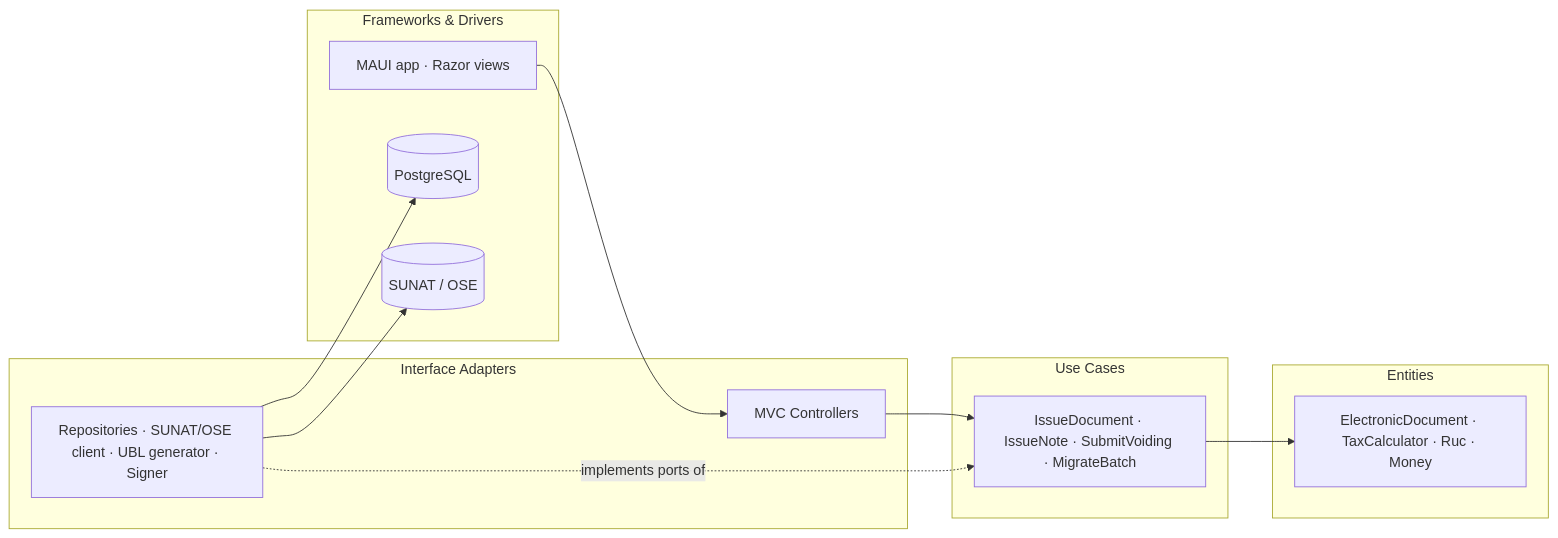
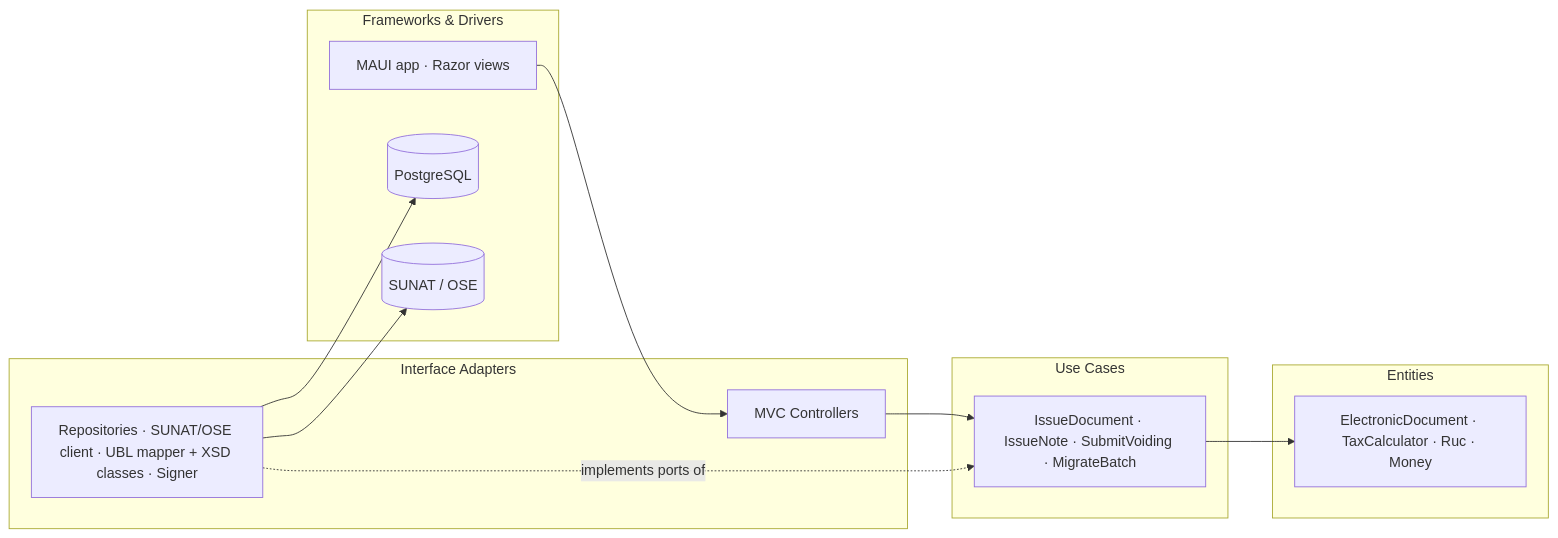
The fifth of 7 diagrams in specs/architecture/architecture.md (juan745Guevara/Medio-curso-Hubel), drawn with Mermaid before and after one commit. The commit also changed other lines of this file and 27 other files, not shown here.

Commit message:
Apply professor feedback: XSD classes, PLE 14.1/12.1, enum, HTTP codes, cert ADR

````diff
--- a/specs/architecture/architecture.md
+++ b/specs/architecture/architecture.md
@@ -125,21 +125,21 @@
 ```mermaid
 flowchart LR
   subgraph FD[Frameworks & Drivers]
     UI[MAUI app · Razor views]
     DB[(PostgreSQL)]
     SUNAT[(SUNAT / OSE)]
   end
   subgraph IA[Interface Adapters]
     CTRL[MVC Controllers]
-    GW[Repositories · SUNAT/OSE client · UBL generator · Signer]
+    GW[Repositories · SUNAT/OSE client · UBL mapper + XSD classes · Signer]
   end
   subgraph UC[Use Cases]
     UCS[IssueDocument · IssueNote · SubmitVoiding · MigrateBatch]
   end
   subgraph EN[Entities]
     DOM[ElectronicDocument · TaxCalculator · Ruc · Money]
   end
   UI --> CTRL --> UCS --> DOM
   GW -. implements ports of .-> UCS
   GW --> DB & SUNAT
 ```
````
